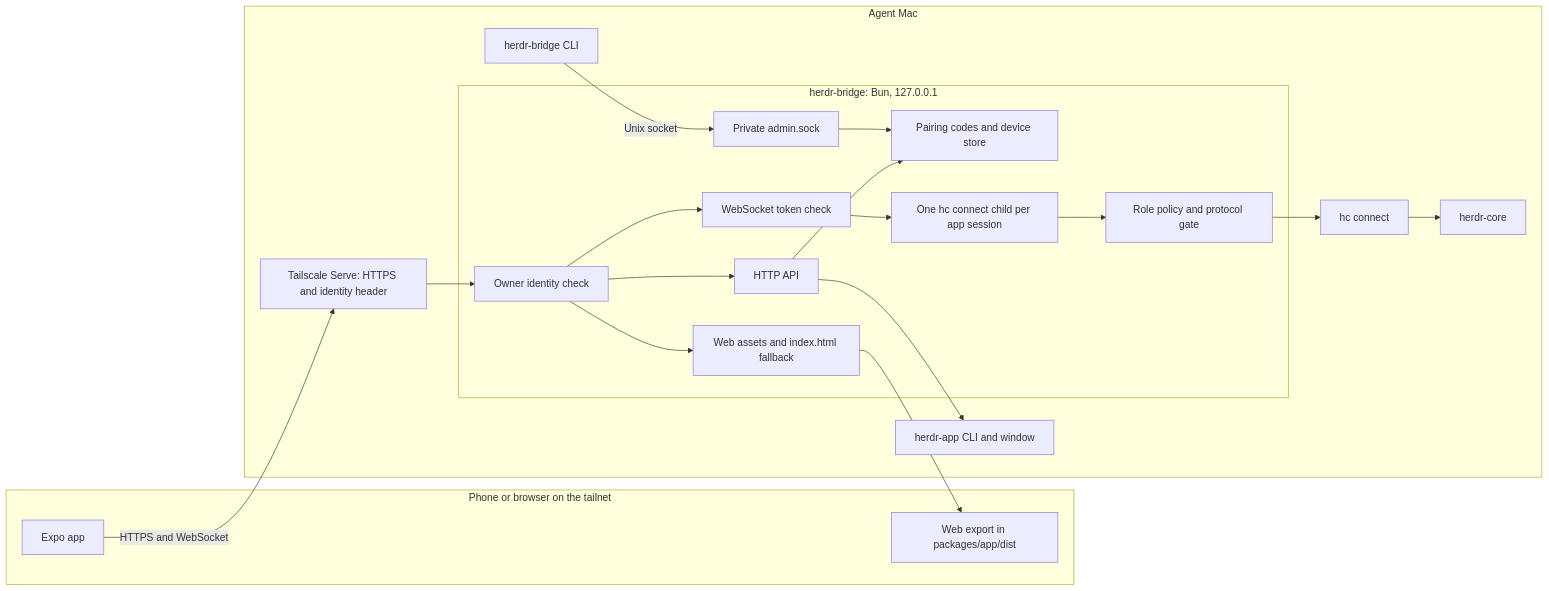
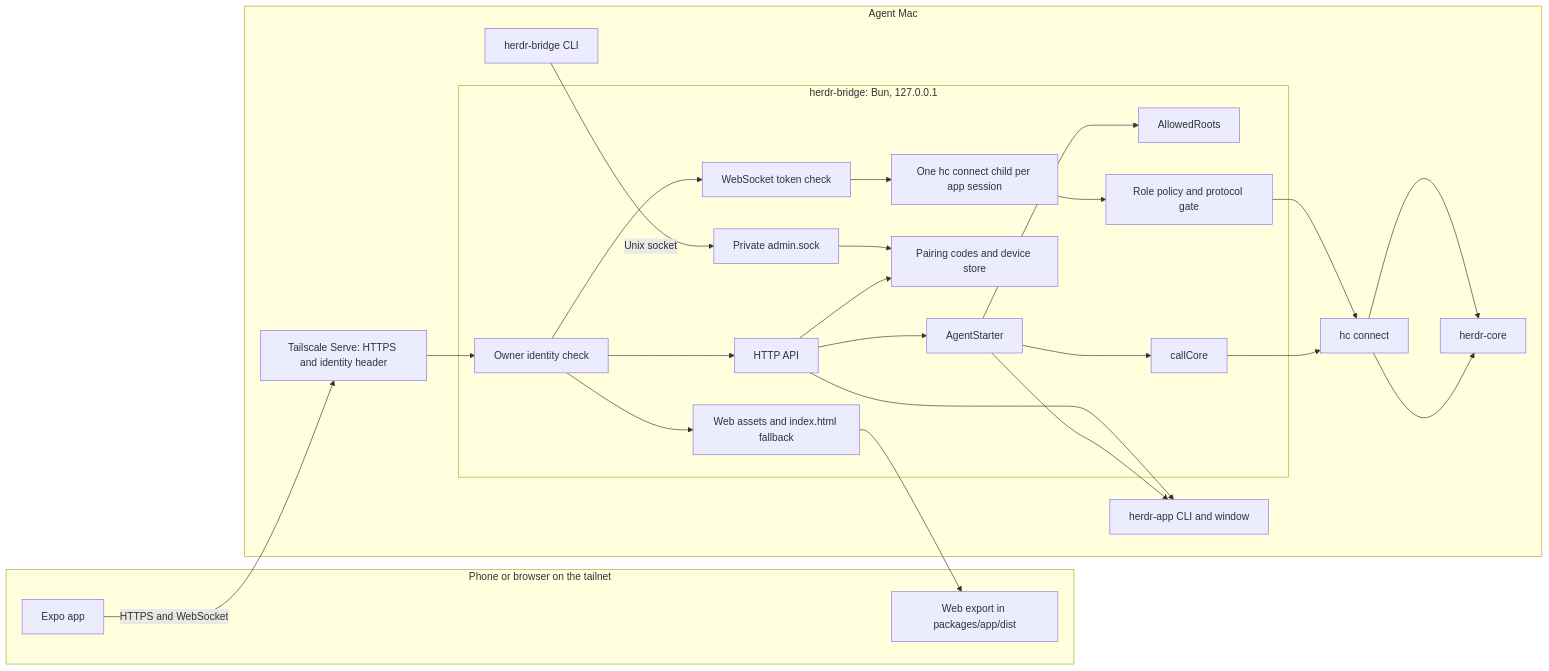
Before and after one commit to 0xroylee/herdr-mobile-app: the diagram in docs/architecture.md, drawn with Mermaid. The commit also changed other lines of this file and 6 other files, not shown here.

````diff
--- a/docs/architecture.md
+++ b/docs/architecture.md
@@ -7,35 +7,42 @@
 ```mermaid
 flowchart LR
   subgraph client["Phone or browser on the tailnet"]
     app["Expo app"]
     web["Web export in packages/app/dist"]
   end
 
   subgraph mac["Agent Mac"]
     serve["Tailscale Serve: HTTPS and identity header"]
     subgraph bridge["herdr-bridge: Bun, 127.0.0.1"]
       identity["Owner identity check"]
       api["HTTP API"]
+      starter["AgentStarter"]
+      roots["AllowedRoots"]
+      corecall["callCore"]
       pairing["Pairing codes and device store"]
       static["Web assets and index.html fallback"]
       ws["WebSocket token check"]
       session["One hc connect child per app session"]
       gate["Role policy and protocol gate"]
       admin["Private admin.sock"]
     end
     cli["herdr-bridge CLI"]
     hc["hc connect"]
     core["herdr-core"]
     herdr["herdr-app CLI and window"]
   end
 
   app -- "HTTPS and WebSocket" --> serve --> identity
   identity --> api
+  api --> starter
+  starter --> roots
+  starter --> herdr
+  starter --> corecall --> hc --> core
   api --> pairing
   identity --> static
   identity --> ws --> session --> gate --> hc --> core
   static --> web
   api --> herdr
   cli -- "Unix socket" --> admin
   admin --> pairing
 ```
````
